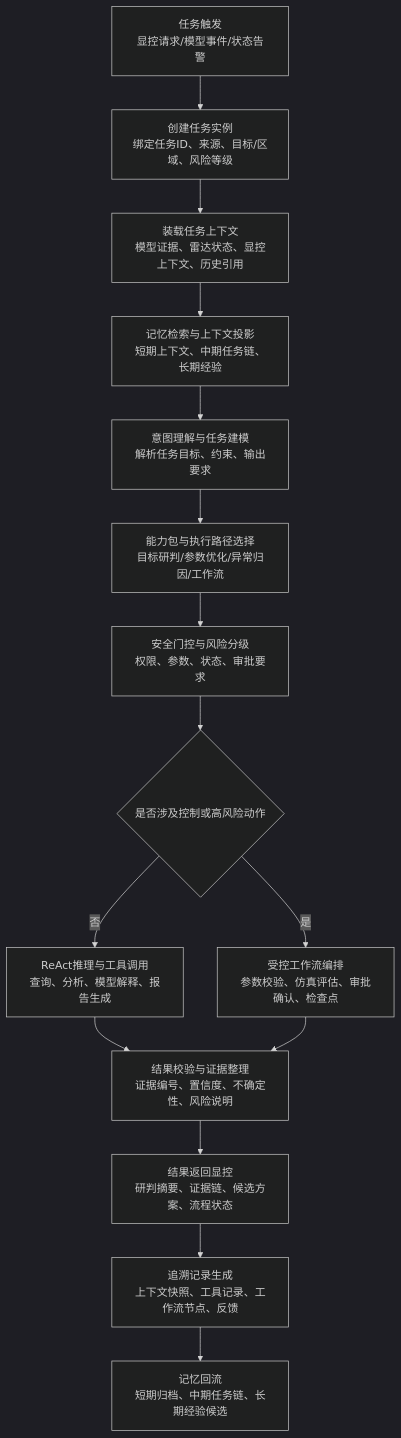
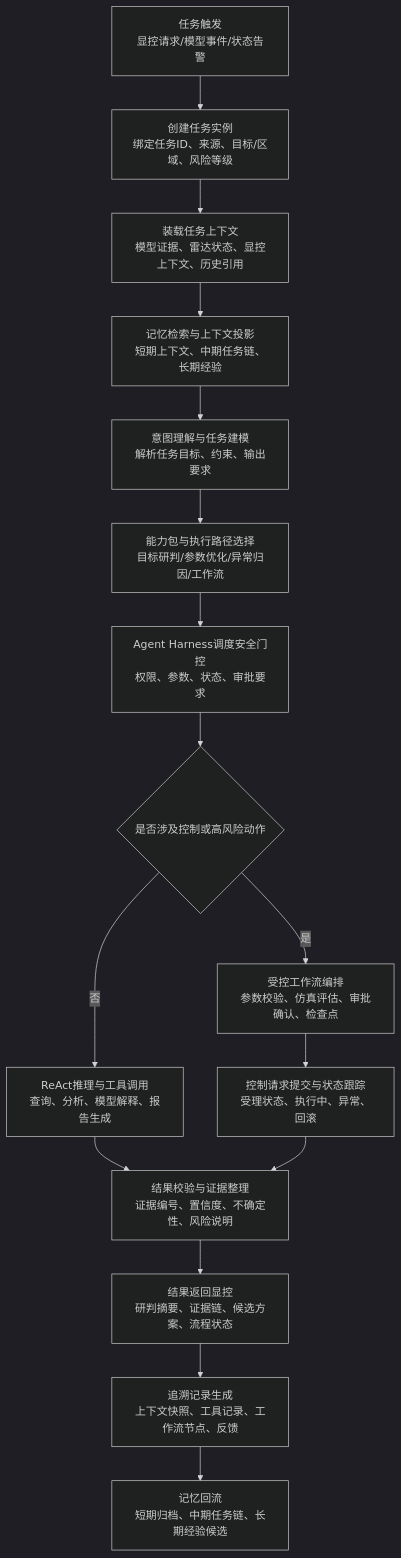
One commit to StormSeven1/obsidian-vault changed the second of 7 diagrams in radar agent/4.3.3.2 LD智能体子系统技术方案.md. Above: the diagram before and after it, drawn with Mermaid (dark theme). The commit also changed other lines of this file, not shown here.

````diff
--- a/radar agent/4.3.3.2 LD智能体子系统技术方案.md
+++ b/radar agent/4.3.3.2 LD智能体子系统技术方案.md
@@ -65,17 +68,18 @@
 ```mermaid
 flowchart TD
     A[任务触发<br/>显控请求/模型事件/状态告警] --> B[创建任务实例<br/>绑定任务ID、来源、目标/区域、风险等级]
     B --> C[装载任务上下文<br/>模型证据、雷达状态、显控上下文、历史引用]
     C --> D[记忆检索与上下文投影<br/>短期上下文、中期任务链、长期经验]
     D --> E[意图理解与任务建模<br/>解析任务目标、约束、输出要求]
     E --> F[能力包与执行路径选择<br/>目标研判/参数优化/异常归因/工作流]
-    F --> G[安全门控与风险分级<br/>权限、参数、状态、审批要求]
+    F --> G[Agent Harness调度安全门控<br/>权限、参数、状态、审批要求]
     G --> R{是否涉及控制或高风险动作}
     R -- 否 --> H[ReAct推理与工具调用<br/>查询、分析、模型解释、报告生成]
     R -- 是 --> I[受控工作流编排<br/>参数校验、仿真评估、审批确认、检查点]
     H --> J[结果校验与证据整理<br/>证据编号、置信度、不确定性、风险说明]
-    I --> J
+    I --> Q[控制请求提交与状态跟踪<br/>受理状态、执行中、异常、回滚]
+    Q --> J
     J --> K[结果返回显控<br/>研判摘要、证据链、候选方案、流程状态]
     K --> L[追溯记录生成<br/>上下文快照、工具记录、工作流节点、反馈]
     L --> M[记忆回流<br/>短期归档、中期任务链、长期经验候选]
 ```
````
